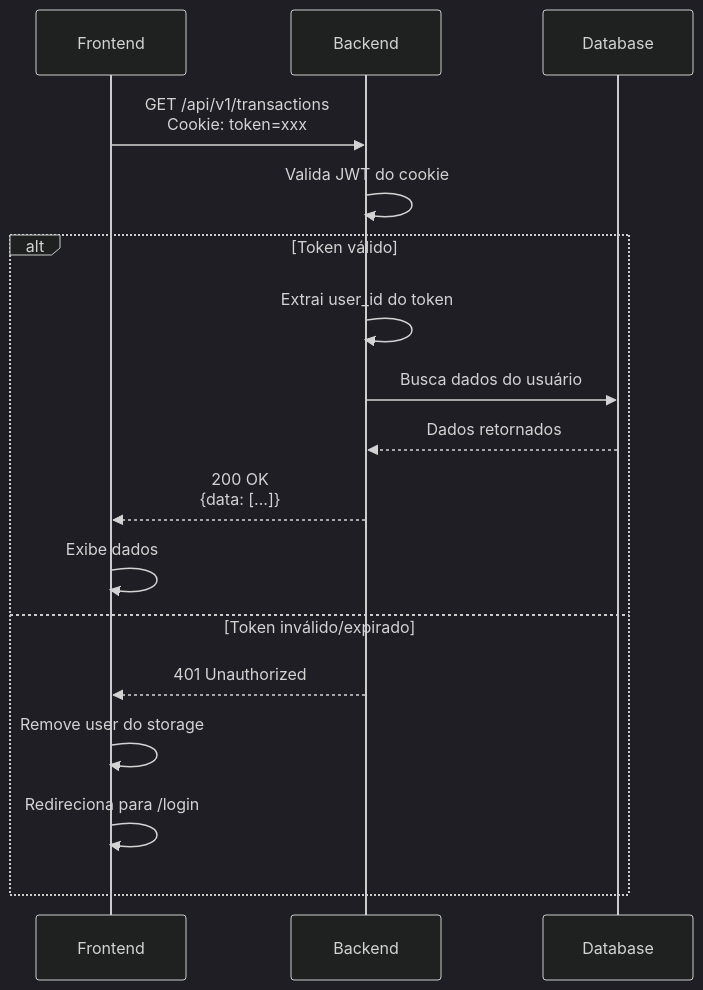
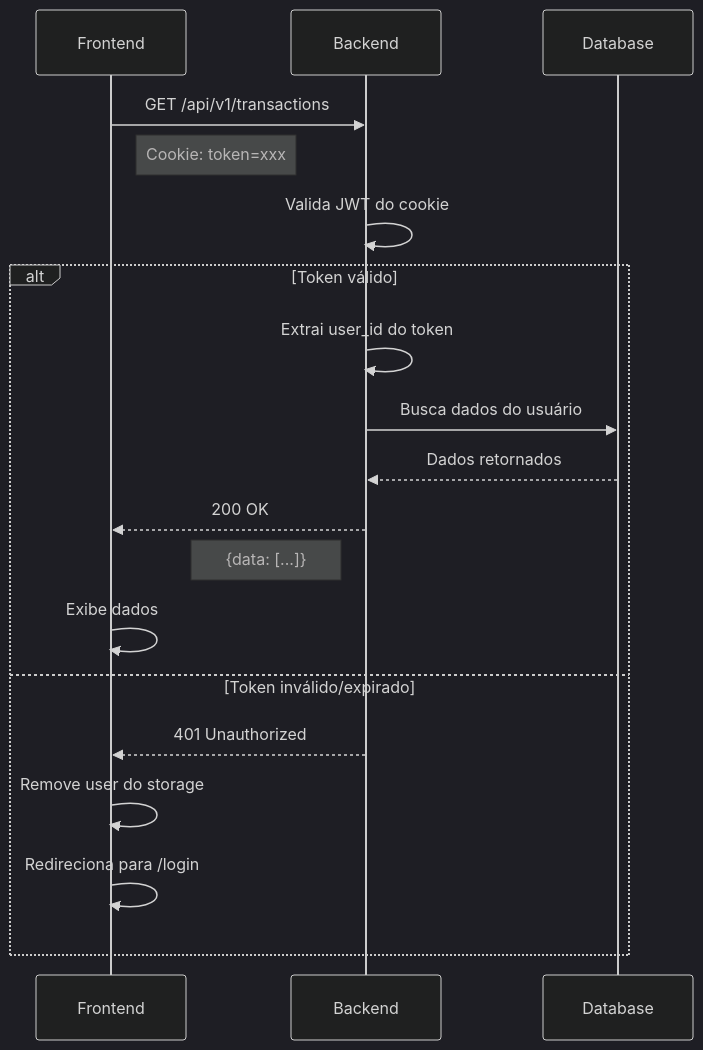
Before and after one commit to victorgmrqs/home-finance-frontend: the third of 5 diagrams in docs/AUTHENTICATION_FLOW.md, drawn with Mermaid (dark theme). The commit also changed other lines of this file, not shown here.

Commit message:
feat: Add refresh token roadmap and update auth docs

````diff
--- a/docs/AUTHENTICATION_FLOW.md
+++ b/docs/AUTHENTICATION_FLOW.md
@@ -78,20 +108,22 @@
 ```mermaid
 sequenceDiagram
     participant F as Frontend
     participant B as Backend
     participant DB as Database
 
-    F->>B: GET /api/v1/transactions<br/>Cookie: token=xxx
+    F->>B: GET /api/v1/transactions
+    Note right of F: Cookie: token=xxx
     B->>B: Valida JWT do cookie
     alt Token válido
         B->>B: Extrai user_id do token
         B->>DB: Busca dados do usuário
         DB-->>B: Dados retornados
-        B-->>F: 200 OK<br/>{data: [...]}
+        B-->>F: 200 OK
+        Note left of B: {data: [...]}
         F->>F: Exibe dados
     else Token inválido/expirado
         B-->>F: 401 Unauthorized
         F->>F: Remove user do storage
         F->>F: Redireciona para /login
     end
 ```
````
